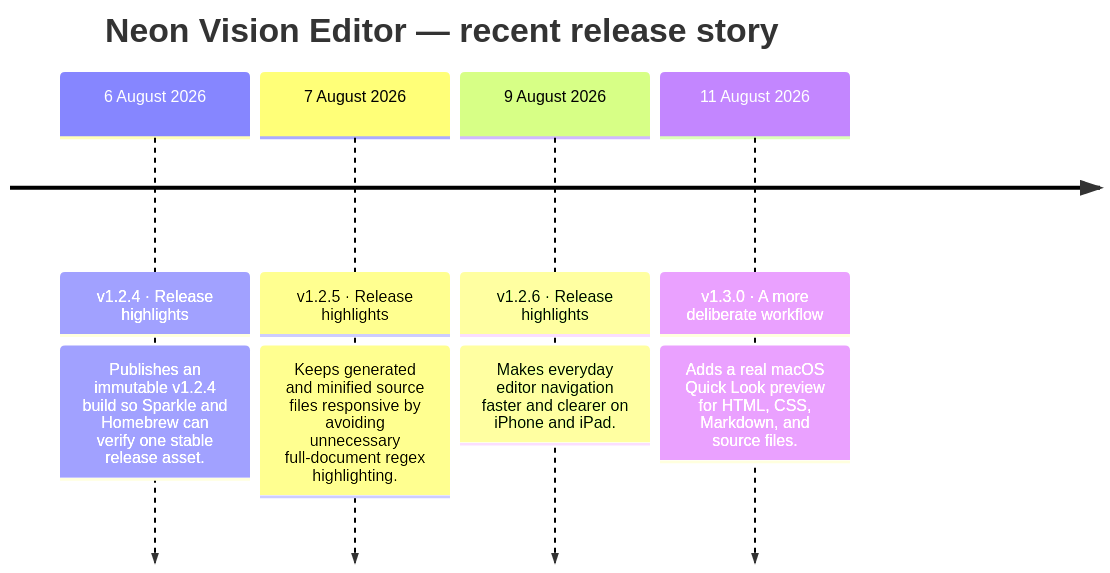
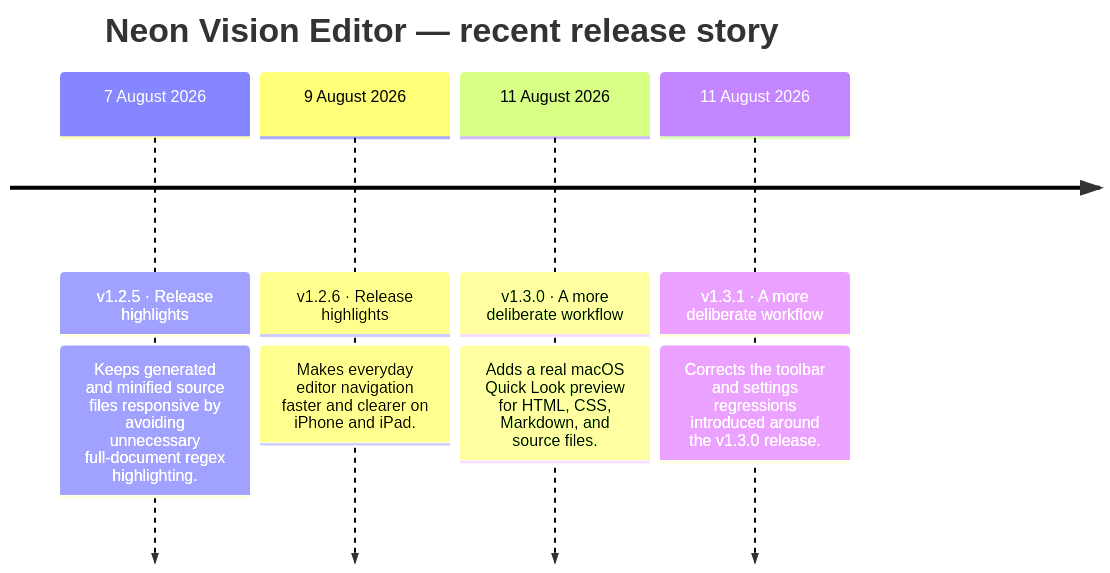
The second of 2 diagrams in README.md (h3pdesign/Neon-Vision-Editor), drawn with Mermaid before and after one commit. The commit also changed other lines of this file and 10 other files, not shown here.

````diff
--- a/README.md
+++ b/README.md
@@ -761,12 +772,12 @@
 ```mermaid
 timeline
     title Neon Vision Editor — recent release story
-    6 August 2026 : v1.2.4 · Release highlights
-                : Publishes an immutable v1.2.4 build so Sparkle and Homebrew can verify one stable release asset.
     7 August 2026 : v1.2.5 · Release highlights
                 : Keeps generated and minified source files responsive by avoiding unnecessary full-document regex highlighting.
     9 August 2026 : v1.2.6 · Release highlights
                 : Makes everyday editor navigation faster and clearer on iPhone and iPad.
     11 August 2026 : v1.3.0 · A more deliberate workflow
                 : Adds a real macOS Quick Look preview for HTML, CSS, Markdown, and source files.
+    11 August 2026 : v1.3.1 · A more deliberate workflow
+                : Corrects the toolbar and settings regressions introduced around the v1.3.0 release.
 ```
````
